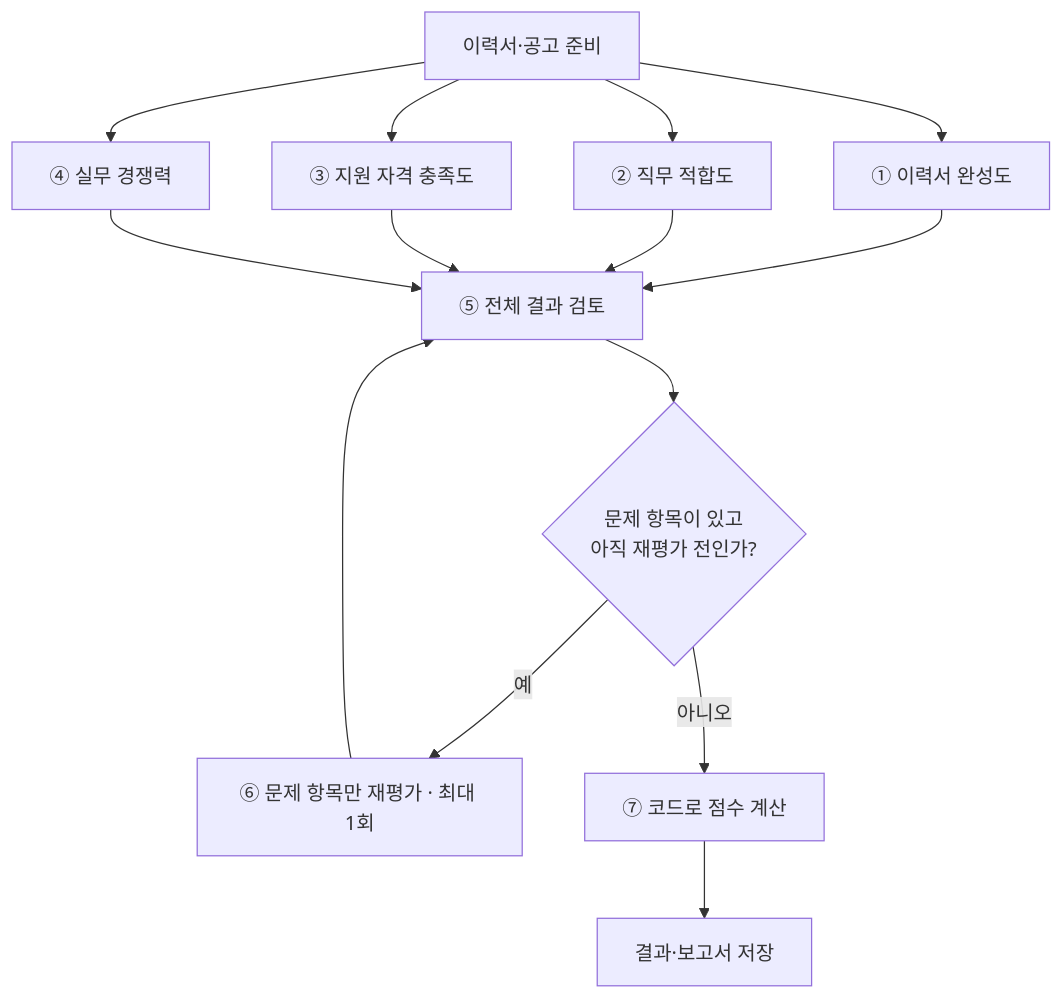
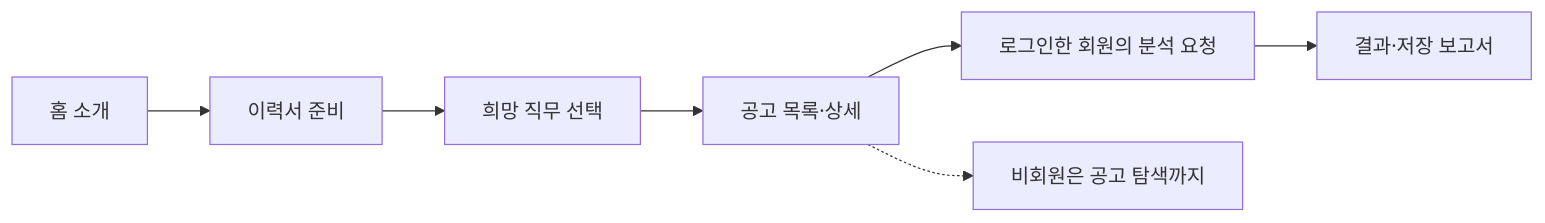
One commit to 931njhthe-star/CareerLens-fullstack changed the first of 2 diagrams in README.md. Above: the diagram before and after it, drawn with Mermaid. The commit also changed other lines of this file, not shown here.

Commit message:
docs: align CareerLens README with team Render architecture

````diff
--- a/README.md
+++ b/README.md
@@ -196,16 +41,9 @@
 ```mermaid
-flowchart TD
-    INPUT[이력서·공고 준비] --> A[① 이력서 완성도]
-    INPUT --> B[② 직무 적합도]
-    INPUT --> C[③ 지원 자격 충족도]
-    INPUT --> D[④ 실무 경쟁력]
-    A --> REVIEW[⑤ 전체 결과 검토]
-    B --> REVIEW
-    C --> REVIEW
-    D --> REVIEW
-    REVIEW --> CHECK{문제 항목이 있고<br/>아직 재평가 전인가?}
-    CHECK -->|예| RETRY[⑥ 문제 항목만 재평가 · 최대 1회]
-    RETRY --> REVIEW
-    CHECK -->|아니오| SCORE[⑦ 코드로 점수 계산]
-    SCORE --> SAVE[결과·보고서 저장]
+flowchart LR
+    HOME[홈 소개] --> RESUME[이력서 준비]
+    RESUME --> ROLE[희망 직무 선택]
+    ROLE --> JOB[공고 목록·상세]
+    JOB --> MEMBER[로그인한 회원의 분석 요청]
+    MEMBER --> REPORT[결과·저장 보고서]
+    JOB -.-> GUEST[비회원은 공고 탐색까지]
 ```
````
